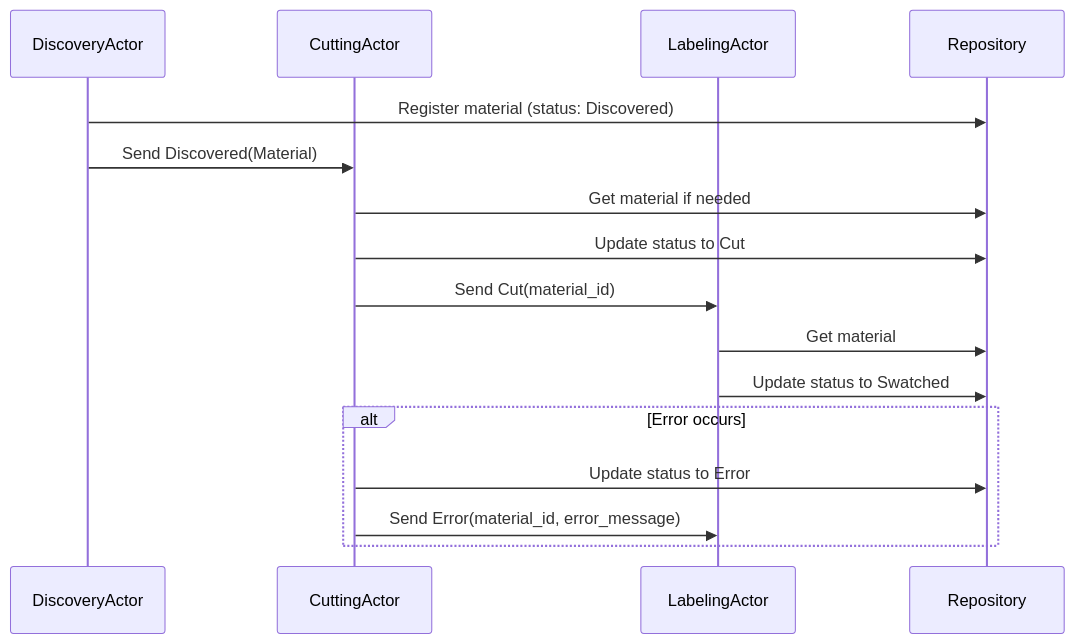
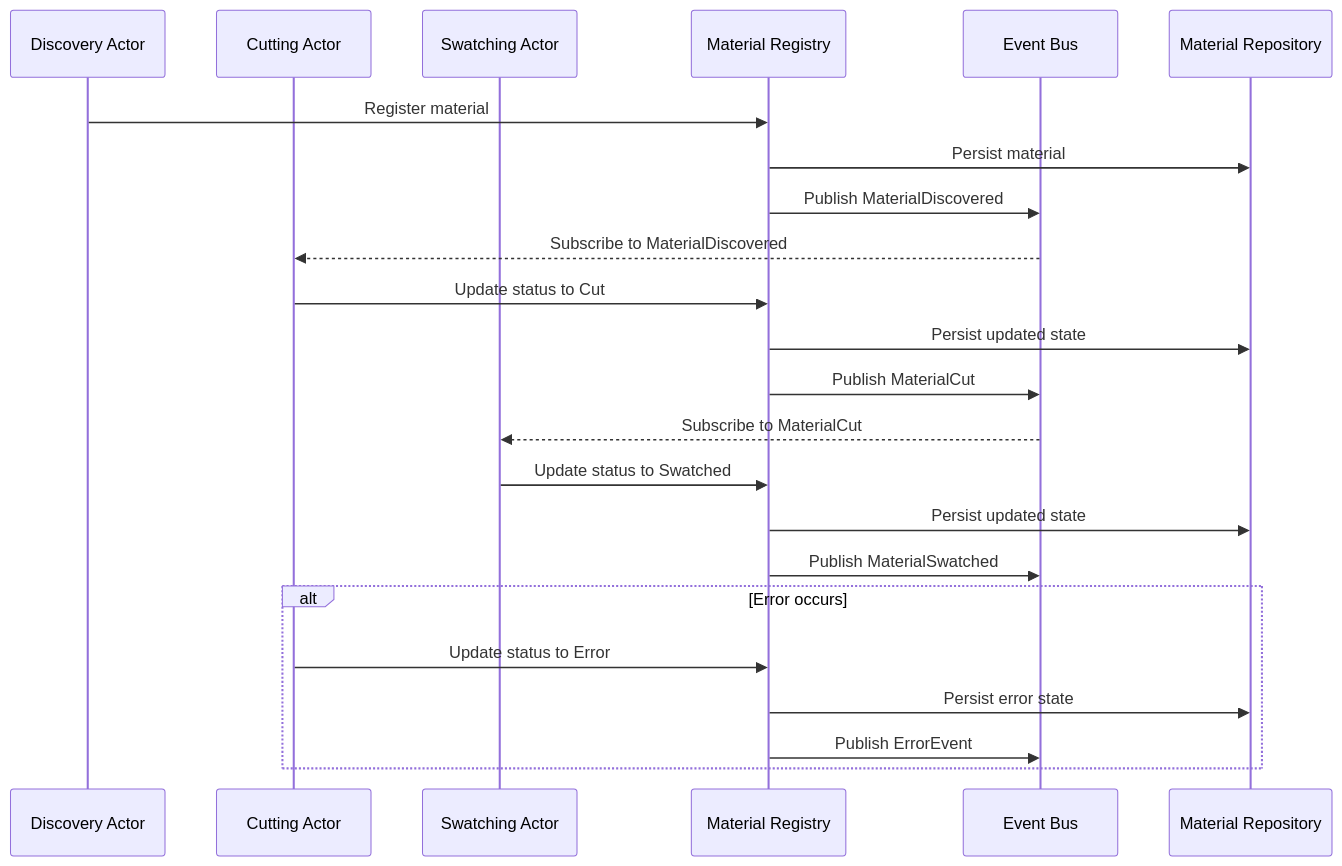
Before and after one commit to pandallel/quilt: the second of 3 diagrams in memory-bank/systemPatterns.md, drawn with Mermaid. The commit also changed other lines of this file and 5 other files, not shown here.

First line of the commit message:
Refactor architecture to implement event-driven model

````diff
--- a/memory-bank/systemPatterns.md
+++ b/memory-bank/systemPatterns.md
@@ -47,20 +67,27 @@
 ```mermaid
 sequenceDiagram
-    participant DiscoveryActor
-    participant CuttingActor
-    participant LabelingActor
-    participant Repository
+    participant DA as Discovery Actor
+    participant CA as Cutting Actor
+    participant SA as Swatching Actor
+    participant Reg as Material Registry
+    participant EB as Event Bus
+    participant Repo as Material Repository
 
-    DiscoveryActor->>Repository: Register material (status: Discovered)
-    DiscoveryActor->>CuttingActor: Send Discovered(Material)
-    CuttingActor->>Repository: Get material if needed
-    CuttingActor->>Repository: Update status to Cut
-    CuttingActor->>LabelingActor: Send Cut(material_id)
-    LabelingActor->>Repository: Get material
-    LabelingActor->>Repository: Update status to Swatched
+    DA->>Reg: Register material
+    Reg->>Repo: Persist material
+    Reg->>EB: Publish MaterialDiscovered
+    EB-->>CA: Subscribe to MaterialDiscovered
+    CA->>Reg: Update status to Cut
+    Reg->>Repo: Persist updated state
+    Reg->>EB: Publish MaterialCut
+    EB-->>SA: Subscribe to MaterialCut
+    SA->>Reg: Update status to Swatched
+    Reg->>Repo: Persist updated state
+    Reg->>EB: Publish MaterialSwatched
 
     alt Error occurs
-        CuttingActor->>Repository: Update status to Error
-        CuttingActor->>LabelingActor: Send Error(material_id, error_message)
+        CA->>Reg: Update status to Error
+        Reg->>Repo: Persist error state
+        Reg->>EB: Publish ErrorEvent
     end
 ```
````
